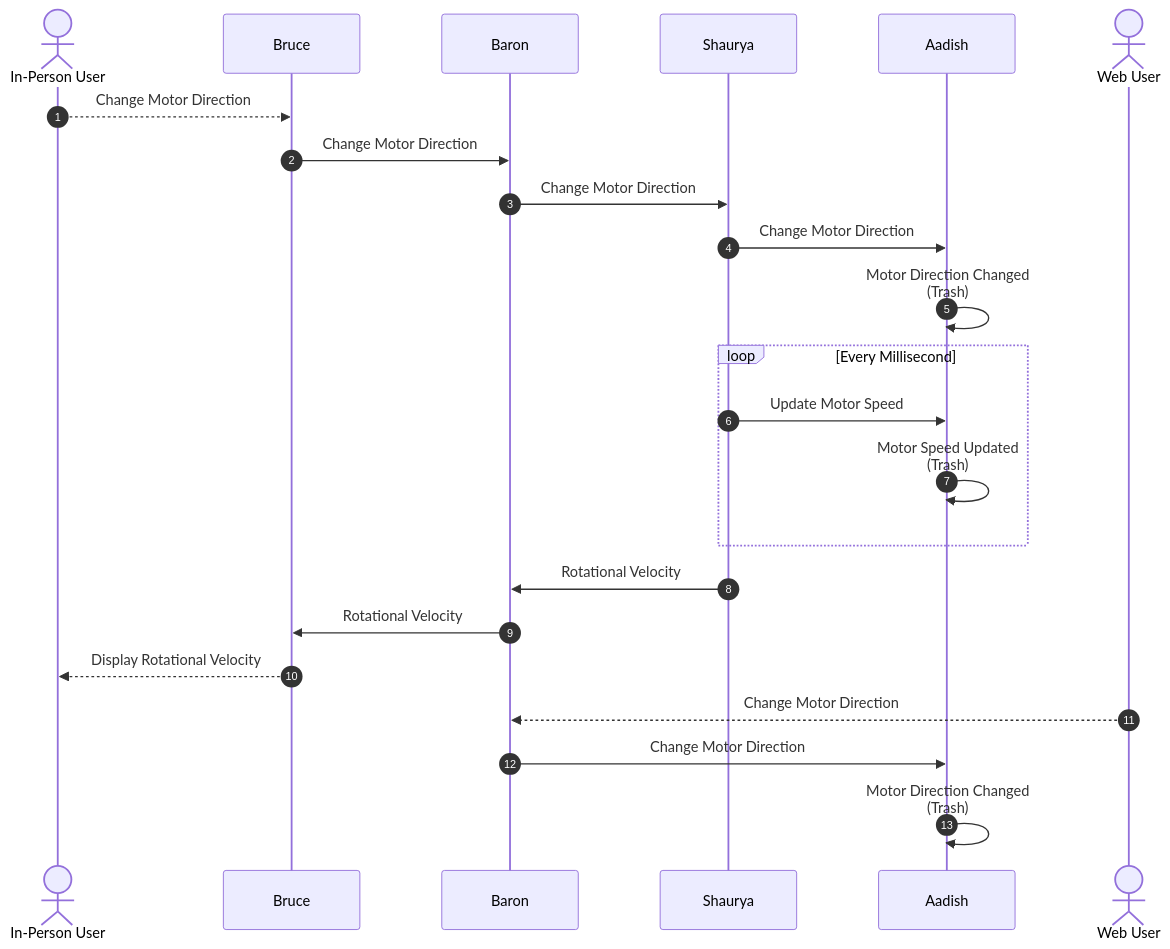
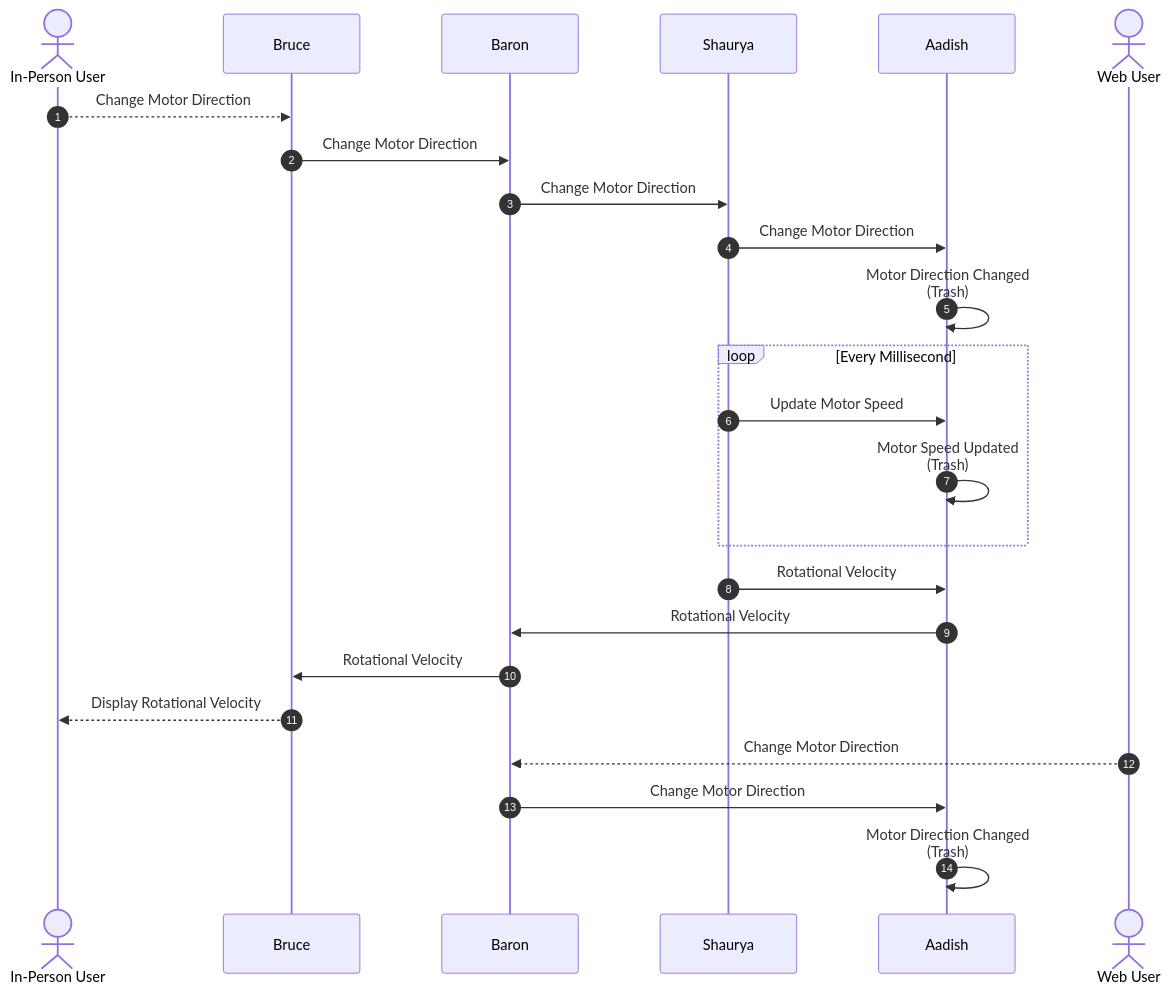
One commit to EGR314-2025-S-309B/EGR314-2025-S-309B.github.io changed the diagram in docs/Block-Diagram-Process-Diagram-Message-Structure.md. Above: the diagram before and after it, drawn with Mermaid.

````diff
--- a/docs/Block-Diagram-Process-Diagram-Message-Structure.md
+++ b/docs/Block-Diagram-Process-Diagram-Message-Structure.md
@@ -17,21 +17,22 @@
 ``` mermaid
 sequenceDiagram
 autonumber
 actor In-Person User
 In-Person User-->>Bruce: Change Motor Direction
 Bruce->>Baron: Change Motor Direction
 Baron->>Shaurya: Change Motor Direction
 Shaurya->>Aadish: Change Motor Direction
 Aadish->>Aadish: Motor Direction Changed<br>(Trash)
 loop Every Millisecond
   Shaurya->>Aadish: Update Motor Speed
   Aadish->>Aadish: Motor Speed Updated<br>(Trash)
 end
-Shaurya->>Baron: Rotational Velocity
+Shaurya->>Aadish: Rotational Velocity
+Aadish->>Baron: Rotational Velocity
 Baron->>Bruce: Rotational Velocity
 Bruce-->>In-Person User: Display Rotational Velocity
 actor Web User
 Web User-->>Baron: Change Motor Direction
 Baron->>Aadish: Change Motor Direction
 Aadish->>Aadish: Motor Direction Changed<br>(Trash)
 ```
````
